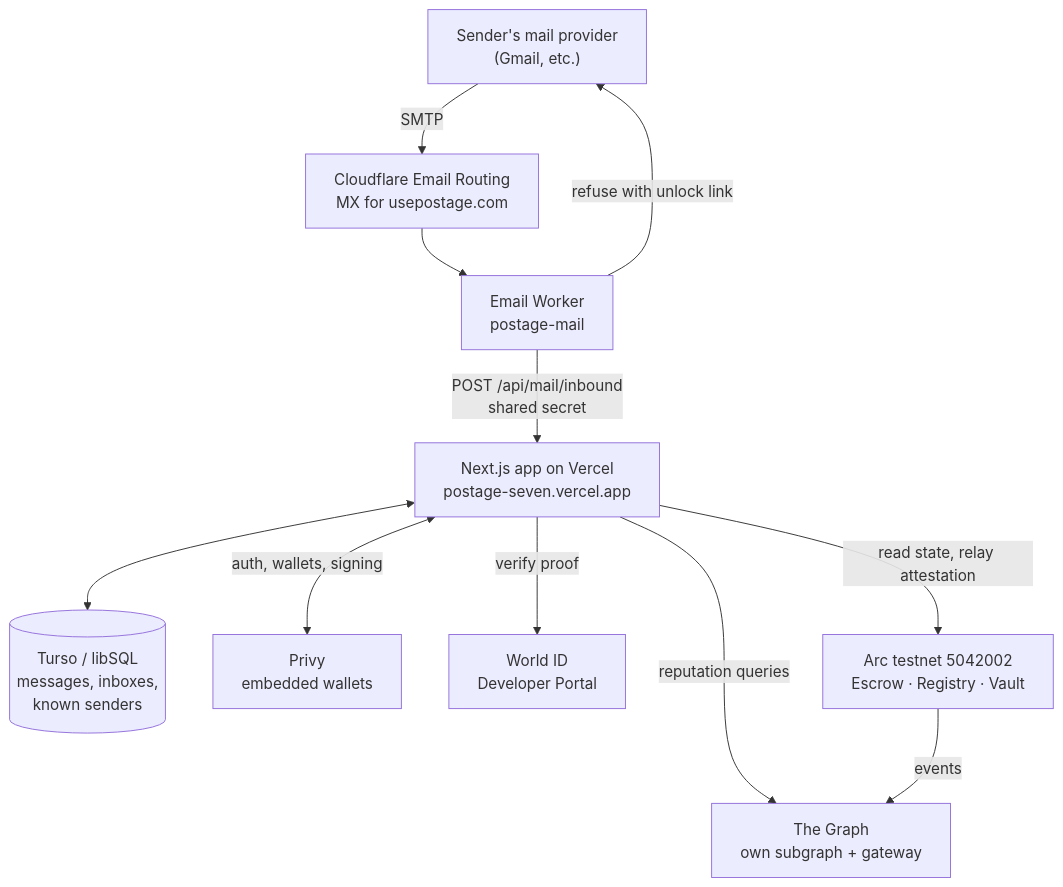
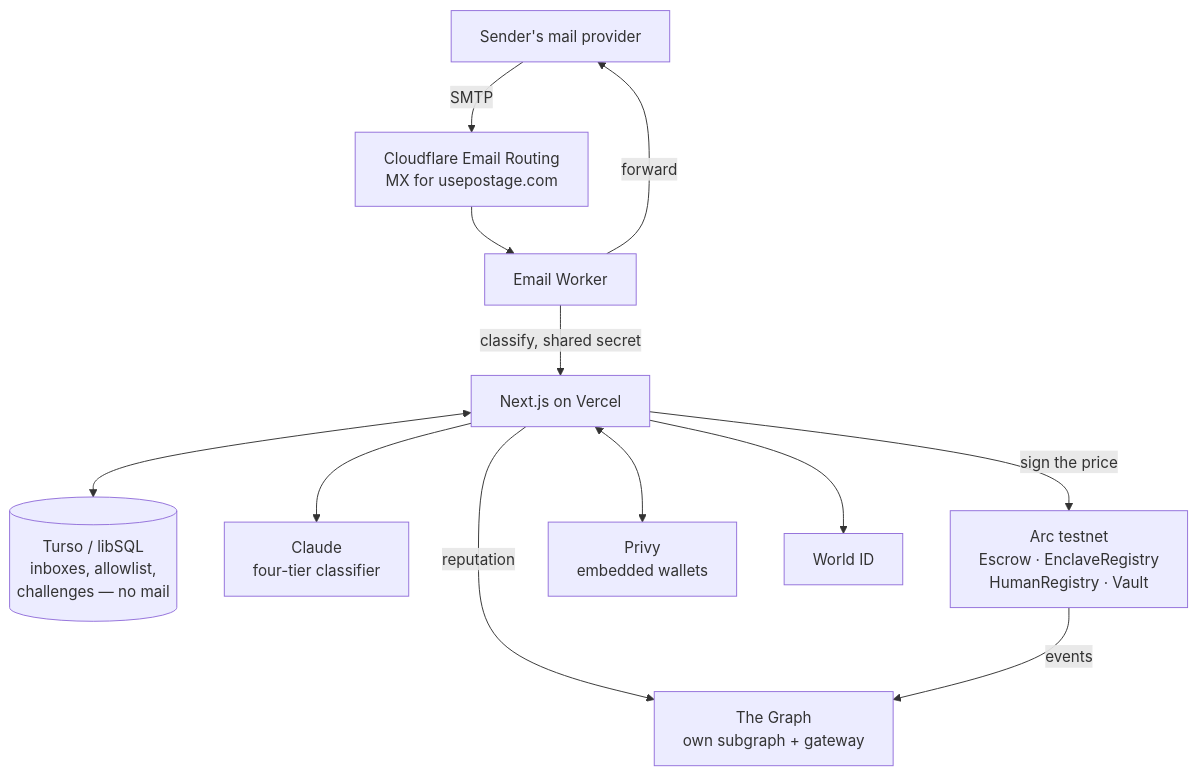
The diagram in ARCHITECTURE.md (Matgothmog/postage), drawn with Mermaid before and after one commit. The commit also changed other lines of this file and 2 other files, not shown here.

First line of the commit message:
rewrite the docs for the filter architecture

````diff
--- a/ARCHITECTURE.md
+++ b/ARCHITECTURE.md
@@ -9,22 +8,24 @@
 ```mermaid
 flowchart TB
-    G["Sender's mail provider<br/>(Gmail, etc.)"]
+    S["Sender's mail provider"]
     CF["Cloudflare Email Routing<br/>MX for usepostage.com"]
-    W["Email Worker<br/>postage-mail"]
-    V["Next.js app on Vercel<br/>postage-seven.vercel.app"]
-    T[("Turso / libSQL<br/>messages, inboxes,<br/>known senders")]
+    W["Email Worker"]
+    V["Next.js on Vercel"]
+    T[("Turso / libSQL<br/>inboxes, allowlist,<br/>challenges — no mail")]
+    C["Claude<br/>four-tier classifier"]
+    A["Arc testnet<br/>Escrow · EnclaveRegistry<br/>HumanRegistry · Vault"]
+    G["The Graph<br/>own subgraph + gateway"]
     P["Privy<br/>embedded wallets"]
-    WO["World ID<br/>Developer Portal"]
-    A["Arc testnet 5042002<br/>Escrow · Registry · Vault"]
-    TG["The Graph<br/>own subgraph + gateway"]
+    WO["World ID"]
 
-    G -->|SMTP| CF --> W
-    W -->|"POST /api/mail/inbound<br/>shared secret"| V
-    W -->|"refuse with unlock link"| G
+    S -->|SMTP| CF --> W
+    W -->|"classify, shared secret"| V
+    W -->|"forward"| S
+    V --> C
     V <--> T
-    V <-->|"auth, wallets, signing"| P
-    V -->|"verify proof"| WO
-    V -->|"read state, relay attestation"| A
-    V -->|"reputation queries"| TG
-    A -->|"events"| TG
+    V -->|"sign the price"| A
+    V -->|"reputation"| G
+    A -->|"events"| G
+    V <--> P
+    V --> WO
 ```
````
